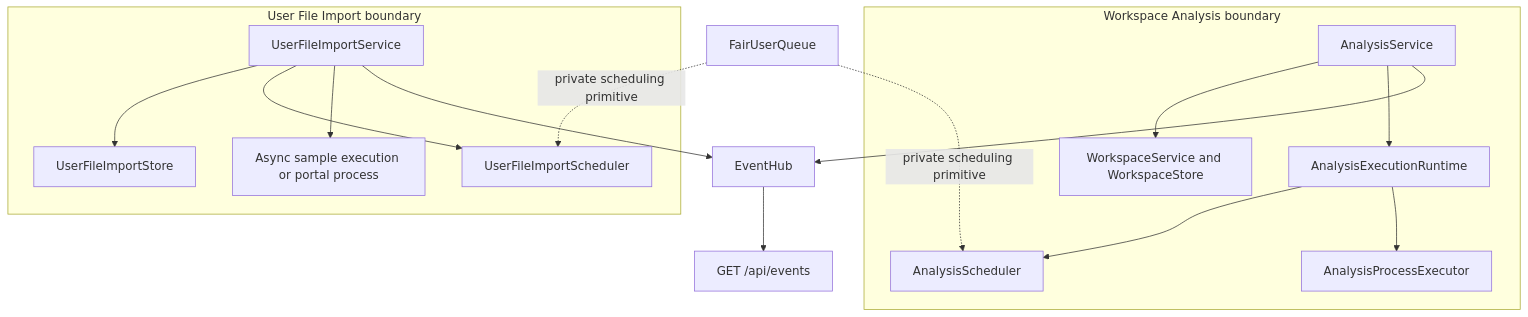
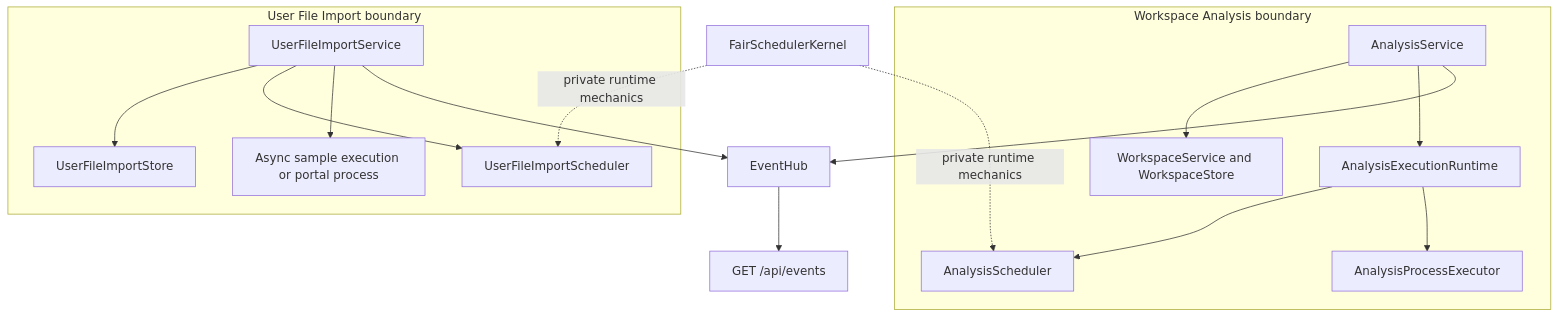
Before and after one commit to Australian-Text-Analytics-Platform/ldaca_web_app: the diagram in docs/architecture/backend/background-work.md, drawn with Mermaid. The commit also changed other lines of this file and 17 other files, not shown here.

````diff
--- a/docs/architecture/backend/background-work.md
+++ b/docs/architecture/backend/background-work.md
@@ -10,21 +10,21 @@
 ```mermaid
 flowchart TB
     subgraph AnalysisBoundary["Workspace Analysis boundary"]
         AS["AnalysisService"] --> WS["WorkspaceService and WorkspaceStore"]
         AS --> AR["AnalysisExecutionRuntime"]
         AR --> AQ["AnalysisScheduler"]
         AR --> AP["AnalysisProcessExecutor"]
     end
 
     subgraph ImportBoundary["User File Import boundary"]
         IS["UserFileImportService"] --> IR["UserFileImportStore"]
         IS --> IQ["UserFileImportScheduler"]
         IS --> IP["Async sample execution or portal process"]
     end
 
     AS --> EVENTS["EventHub"]
     IS --> EVENTS
     EVENTS --> SSE["GET /api/events"]
-    SELECTOR["FairUserQueue"] -. "private scheduling primitive" .-> AQ
-    SELECTOR -. "private scheduling primitive" .-> IQ
+    KERNEL["FairSchedulerKernel"] -. "private runtime mechanics" .-> AQ
+    KERNEL -. "private runtime mechanics" .-> IQ
 ```
````
